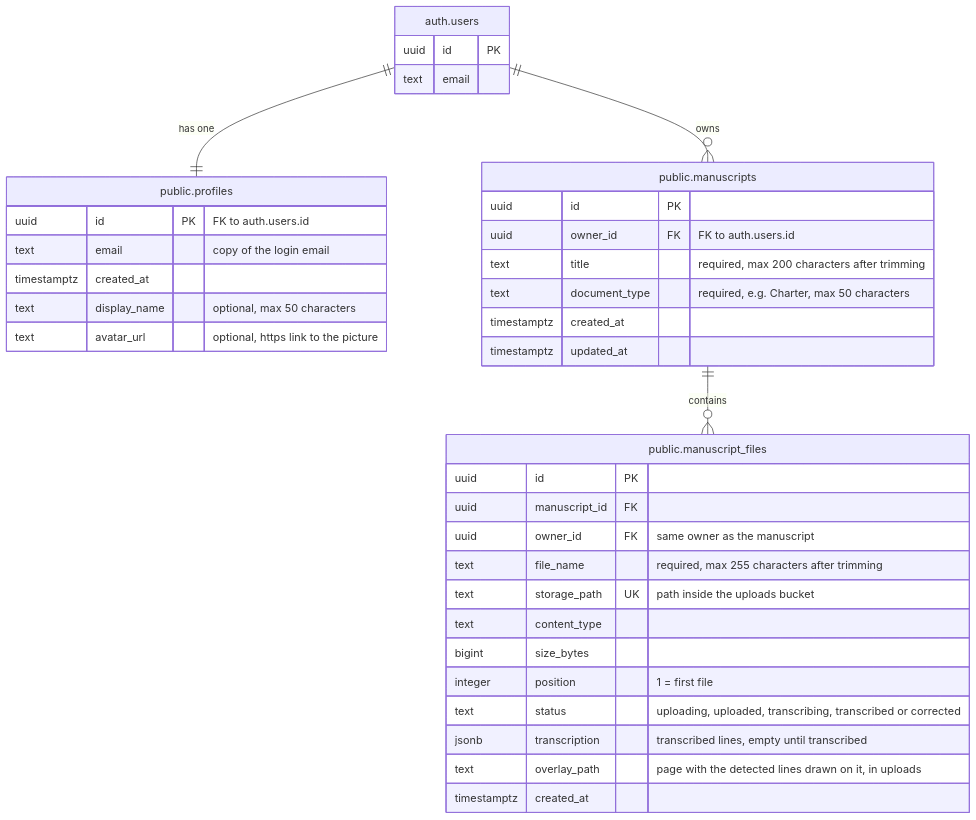
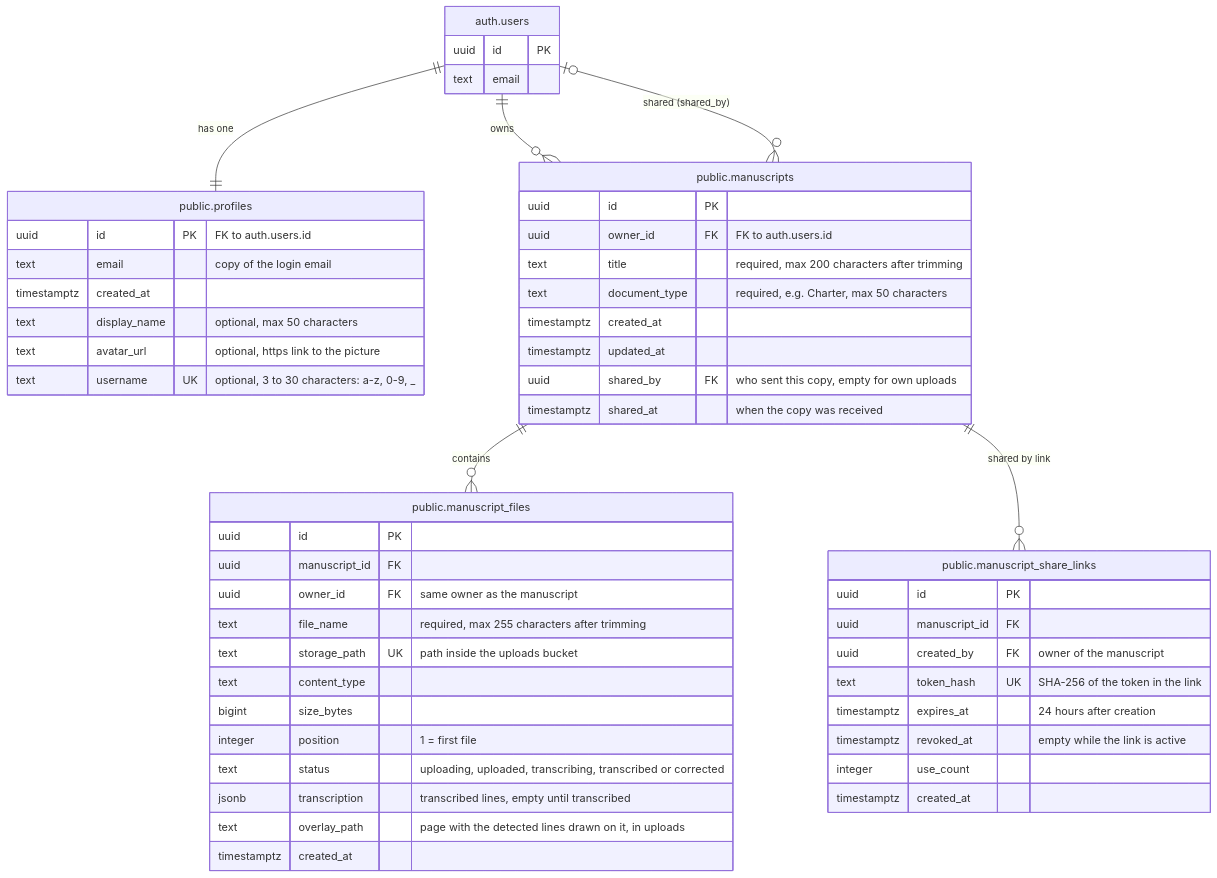
One commit to nlklfor/manulator changed the diagram in docs/database.md. Above: the diagram before and after it, drawn with Mermaid. The commit also changed other lines of this file, not shown here.

````diff
--- a/docs/database.md
+++ b/docs/database.md
@@ -13,39 +13,54 @@
 ```mermaid
 erDiagram
     "auth.users" ||--|| "public.profiles" : "has one"
     "auth.users" ||--o{ "public.manuscripts" : "owns"
     "public.manuscripts" ||--o{ "public.manuscript_files" : "contains"
+    "public.manuscripts" ||--o{ "public.manuscript_share_links" : "shared by link"
+    "auth.users" |o--o{ "public.manuscripts" : "shared (shared_by)"
     "auth.users" {
         uuid id PK
         text email
     }
     "public.profiles" {
         uuid id PK "FK to auth.users.id"
         text email "copy of the login email"
         timestamptz created_at
         text display_name "optional, max 50 characters"
         text avatar_url "optional, https link to the picture"
+        text username UK "optional, 3 to 30 characters: a-z, 0-9, _"
     }
     "public.manuscripts" {
         uuid id PK
         uuid owner_id FK "FK to auth.users.id"
         text title "required, max 200 characters after trimming"
         text document_type "required, e.g. Charter, max 50 characters"
         timestamptz created_at
         timestamptz updated_at
+        uuid shared_by FK "who sent this copy, empty for own uploads"
+        timestamptz shared_at "when the copy was received"
     }
     "public.manuscript_files" {
         uuid id PK
         uuid manuscript_id FK
         uuid owner_id FK "same owner as the manuscript"
         text file_name "required, max 255 characters after trimming"
         text storage_path UK "path inside the uploads bucket"
         text content_type
         bigint size_bytes
         integer position "1 = first file"
         text status "uploading, uploaded, transcribing, transcribed or corrected"
         jsonb transcription "transcribed lines, empty until transcribed"
         text overlay_path "page with the detected lines drawn on it, in uploads"
         timestamptz created_at
     }
+    "public.manuscript_share_links" {
+        uuid id PK
+        uuid manuscript_id FK
+        uuid created_by FK "owner of the manuscript"
+        text token_hash UK "SHA-256 of the token in the link"
+        timestamptz expires_at "24 hours after creation"
+        timestamptz revoked_at "empty while the link is active"
+        integer use_count
+        timestamptz created_at
+    }
 ```
````
